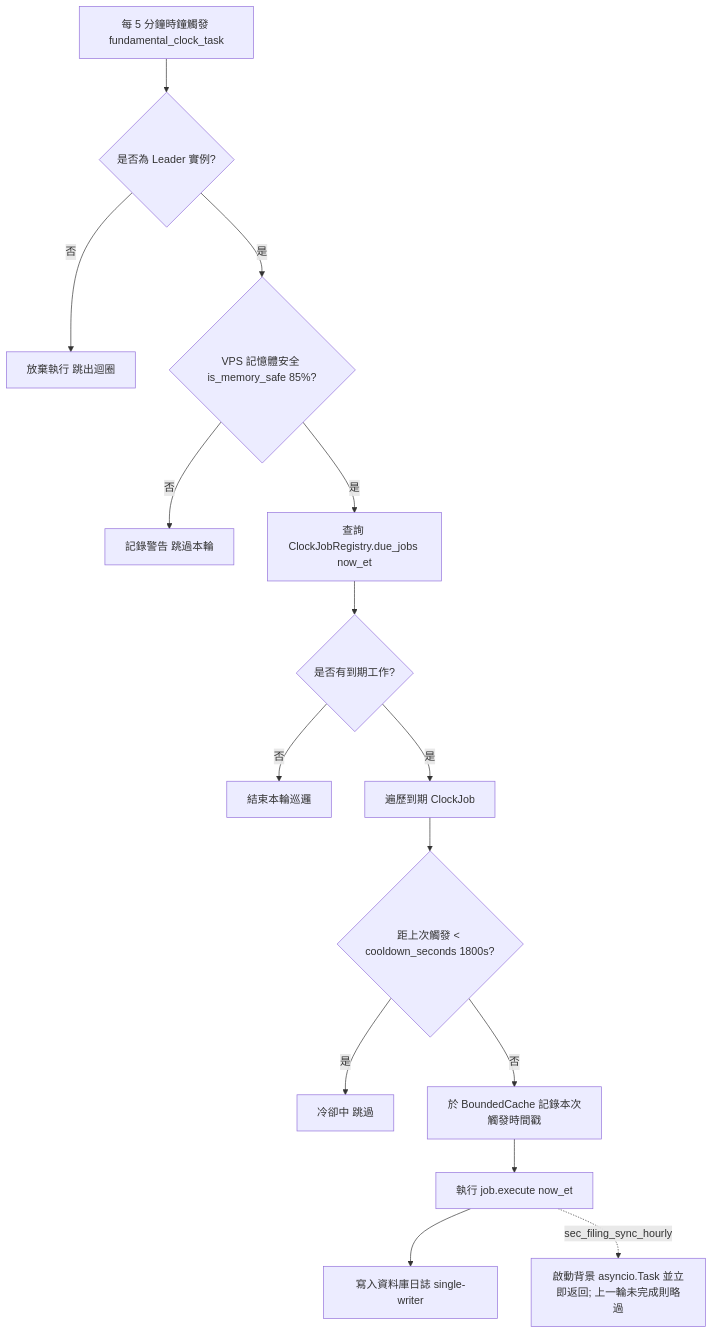
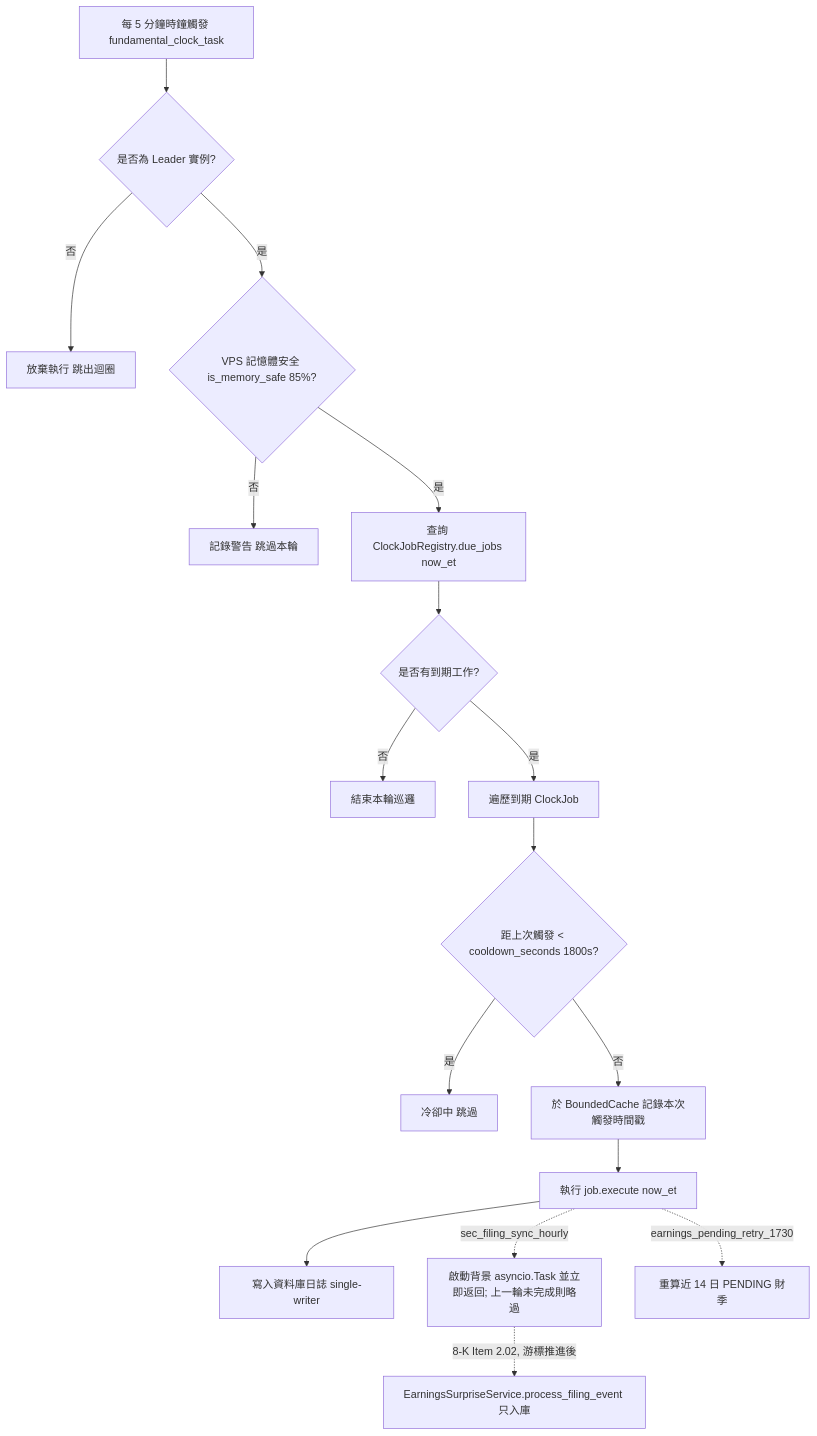
Before and after one commit to cosmo-chang-1701/nexus-seeker: the diagram in docs/architecture/06_fundamental_pipeline_and_event_clock.md, drawn with Mermaid. The commit also changed other lines of this file and 14 other files, not shown here.

First line of the commit message:
feat(基本面管線): PR3 接上財報預期差事件觸發與 PENDING 重試排程——8-K Item 2.02 注入 EarningsSurpriseService，交易日 17:30 ET 重算 PENDING

````diff
--- a/docs/architecture/06_fundamental_pipeline_and_event_clock.md
+++ b/docs/architecture/06_fundamental_pipeline_and_event_clock.md
@@ -55,17 +56,19 @@
 ```mermaid
 flowchart TD
     A[每 5 分鐘時鐘觸發 fundamental_clock_task] --> B{是否為 Leader 實例?}
     B -- 否 --> C[放棄執行 跳出迴圈]
     B -- 是 --> D{VPS 記憶體安全 is_memory_safe 85%?}
     D -- 否 --> E[記錄警告 跳過本輪]
     D -- 是 --> F[查詢 ClockJobRegistry.due_jobs now_et]
     F --> G{是否有到期工作?}
     G -- 否 --> H[結束本輪巡邏]
     G -- 是 --> I[遍歷到期 ClockJob]
     I --> J{距上次觸發 < cooldown_seconds 1800s?}
     J -- 是 --> K[冷卻中 跳過]
     J -- 否 --> L[於 BoundedCache 記錄本次觸發時間戳]
     L --> M[執行 job.execute now_et]
     M --> N[寫入資料庫日誌 single-writer]
     M -.->|sec_filing_sync_hourly| BG[啟動背景 asyncio.Task 並立即返回; 上一輪未完成則略過]
+    BG -.->|8-K Item 2.02, 游標推進後| ES[EarningsSurpriseService.process_filing_event 只入庫]
+    M -.->|earnings_pending_retry_1730| PR[重算近 14 日 PENDING 財季]
 ```
````
